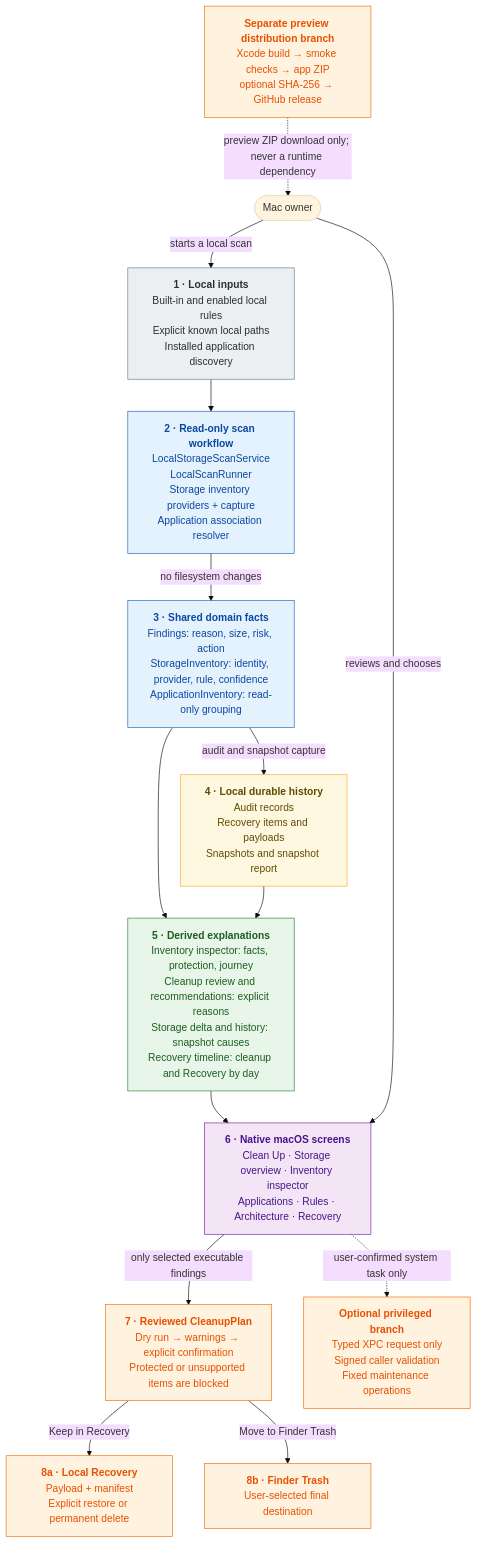
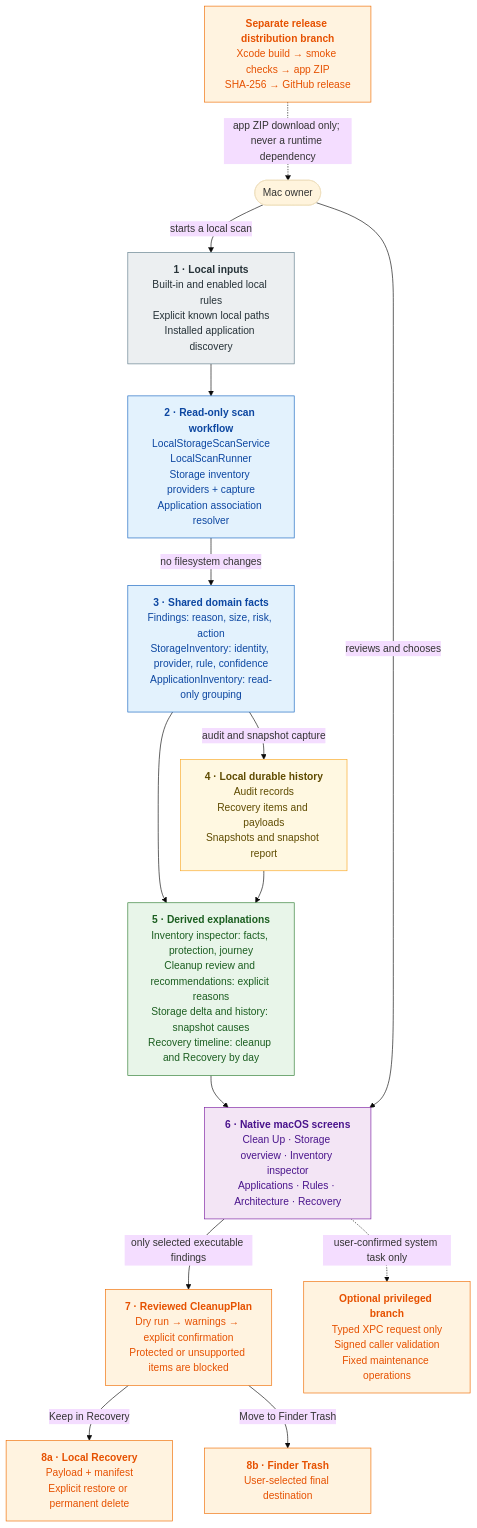
One commit to IanHanna12/secondWind changed the diagram in Docs/ARCHITECTURE.md. Above: the diagram before and after it, drawn with Mermaid (base theme). The commit also changed other lines of this file and 54 other files, not shown here.

````diff
--- a/Docs/ARCHITECTURE.md
+++ b/Docs/ARCHITECTURE.md
@@ -6,52 +6,52 @@
 ```mermaid
 flowchart TB
     Person([Mac owner])
 
     Input["<b>1 · Local inputs</b><br/>Built-in and enabled local rules<br/>Explicit known local paths<br/>Installed application discovery"]
 
     Scan["<b>2 · Read-only scan workflow</b><br/>LocalStorageScanService<br/>LocalScanRunner<br/>Storage inventory providers + capture<br/>Application association resolver"]
 
     Facts["<b>3 · Shared domain facts</b><br/>Findings: reason, size, risk, action<br/>StorageInventory: identity, provider, rule, confidence<br/>ApplicationInventory: read-only grouping"]
 
     History["<b>4 · Local durable history</b><br/>Audit records<br/>Recovery items and payloads<br/>Snapshots and snapshot report"]
 
     ReadModels["<b>5 · Derived explanations</b><br/>Inventory inspector: facts, protection, journey<br/>Cleanup review and recommendations: explicit reasons<br/>Storage delta and history: snapshot causes<br/>Recovery timeline: cleanup and Recovery by day"]
 
     Screens["<b>6 · Native macOS screens</b><br/>Clean Up · Storage overview · Inventory inspector<br/>Applications · Rules · Architecture · Recovery"]
 
     Plan["<b>7 · Reviewed CleanupPlan</b><br/>Dry run → warnings → explicit confirmation<br/>Protected or unsupported items are blocked"]
 
     Recovery["<b>8a · Local Recovery</b><br/>Payload + manifest<br/>Explicit restore or permanent delete"]
     Trash["<b>8b · Finder Trash</b><br/>User-selected final destination"]
 
     Helper["<b>Optional privileged branch</b><br/>Typed XPC request only<br/>Signed caller validation<br/>Fixed maintenance operations"]
 
-    Release["<b>Separate preview distribution branch</b><br/>Xcode build → smoke checks → app ZIP<br/>optional SHA-256 → GitHub release"]
+    Release["<b>Separate release distribution branch</b><br/>Xcode build → smoke checks → app ZIP<br/>SHA-256 → GitHub release"]
 
     Person -->|starts a local scan| Input
     Input --> Scan
     Scan -->|no filesystem changes| Facts
     Facts -->|audit and snapshot capture| History
     Facts --> ReadModels
     History --> ReadModels
     ReadModels --> Screens
     Person -->|reviews and chooses| Screens
     Screens -->|only selected executable findings| Plan
     Plan -->|Keep in Recovery| Recovery
     Plan -->|Move to Finder Trash| Trash
     Screens -. user-confirmed system task only .-> Helper
-    Release -. preview ZIP download only; never a runtime dependency .-> Person
+    Release -. app ZIP download only; never a runtime dependency .-> Person
 
     classDef input fill:#eceff1,stroke:#607d8b,color:#263238
     classDef workflow fill:#e3f2fd,stroke:#1565c0,color:#0d47a1
     classDef stored fill:#fff8e1,stroke:#f9a825,color:#5f4b00
     classDef derived fill:#e8f5e9,stroke:#2e7d32,color:#1b5e20
     classDef ui fill:#f3e5f5,stroke:#7b1fa2,color:#4a148c
     classDef action fill:#fff3e0,stroke:#ef6c00,color:#e65100
     class Input input
     class Scan,Facts workflow
     class History stored
     class ReadModels derived
     class Screens ui
     class Plan,Recovery,Trash,Helper,Release action
 ```
````
